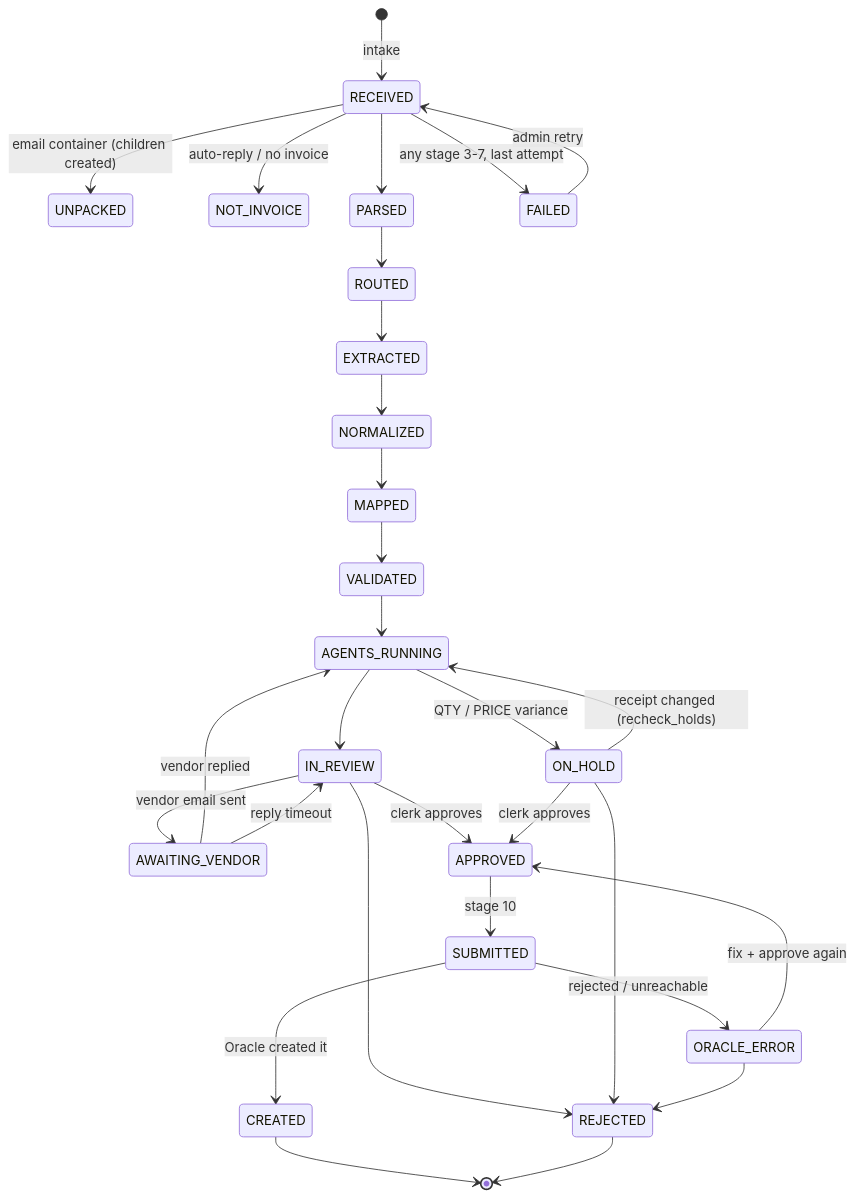
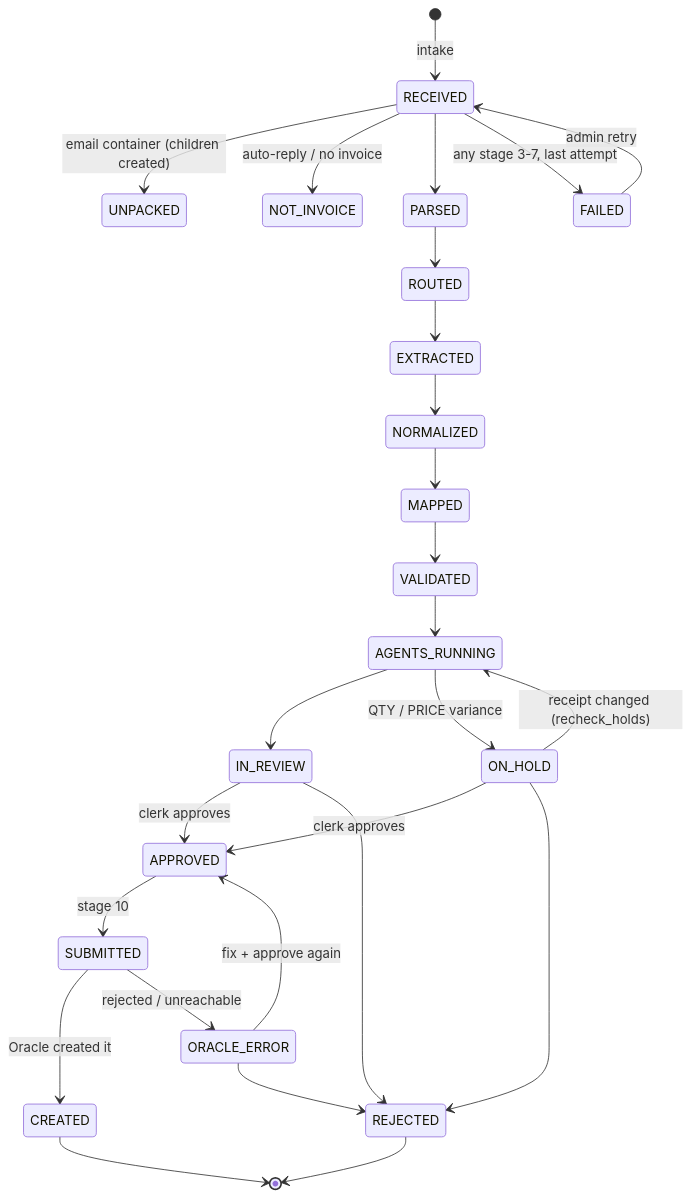
Before and after one commit to Ajinkya2101/AAP: the sixth of 18 diagrams in docs/HOW-IT-WORKS.md, drawn with Mermaid. The commit also changed other lines of this file and 2 other files, not shown here.

````diff
--- a/docs/HOW-IT-WORKS.md
+++ b/docs/HOW-IT-WORKS.md
@@ -294,32 +282,29 @@
 ```mermaid
 stateDiagram-v2
     [*] --> RECEIVED : intake
     RECEIVED --> UNPACKED : email container (children created)
     RECEIVED --> NOT_INVOICE : auto-reply / no invoice
     RECEIVED --> PARSED
     PARSED --> ROUTED
     ROUTED --> EXTRACTED
     EXTRACTED --> NORMALIZED
     NORMALIZED --> MAPPED
     MAPPED --> VALIDATED
     VALIDATED --> AGENTS_RUNNING
     AGENTS_RUNNING --> IN_REVIEW
     AGENTS_RUNNING --> ON_HOLD : QTY / PRICE variance
-    IN_REVIEW --> AWAITING_VENDOR : vendor email sent
-    AWAITING_VENDOR --> AGENTS_RUNNING : vendor replied
-    AWAITING_VENDOR --> IN_REVIEW : reply timeout
     ON_HOLD --> AGENTS_RUNNING : receipt changed (recheck_holds)
     IN_REVIEW --> APPROVED : clerk approves
     ON_HOLD --> APPROVED : clerk approves
     IN_REVIEW --> REJECTED
     ON_HOLD --> REJECTED
     APPROVED --> SUBMITTED : stage 10
     SUBMITTED --> CREATED : Oracle created it
     SUBMITTED --> ORACLE_ERROR : rejected / unreachable
     ORACLE_ERROR --> APPROVED : fix + approve again
     ORACLE_ERROR --> REJECTED
     RECEIVED --> FAILED : any stage 3-7, last attempt
     FAILED --> RECEIVED : admin retry
     CREATED --> [*]
     REJECTED --> [*]
 ```
````
